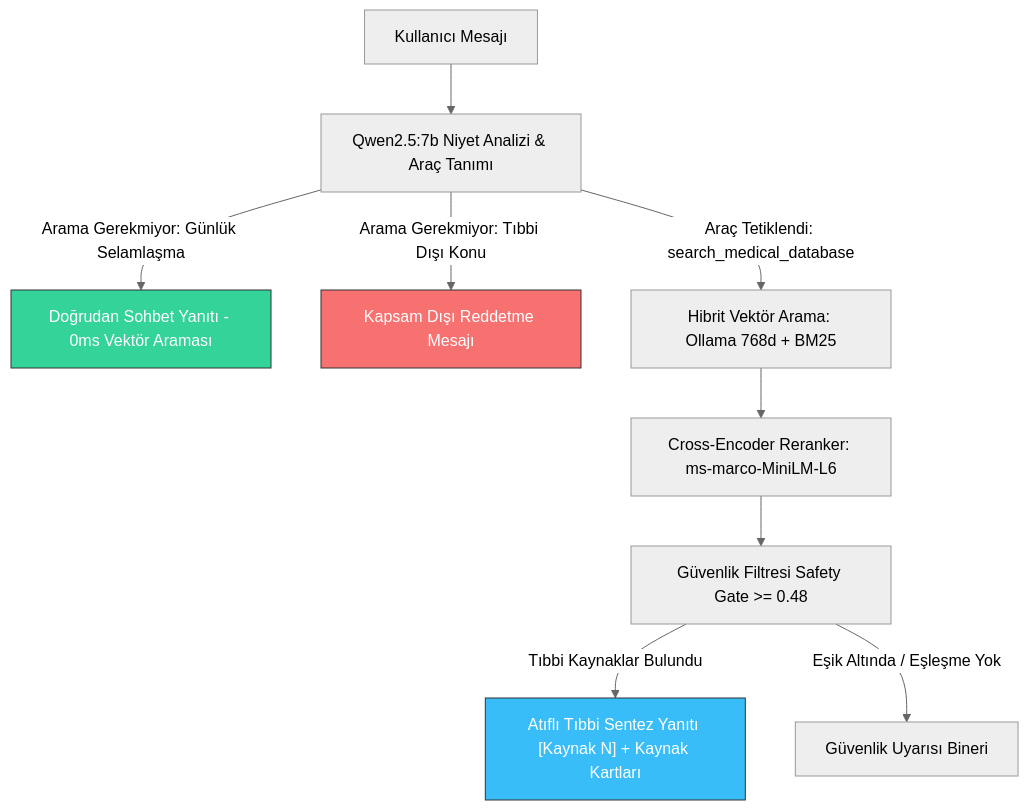
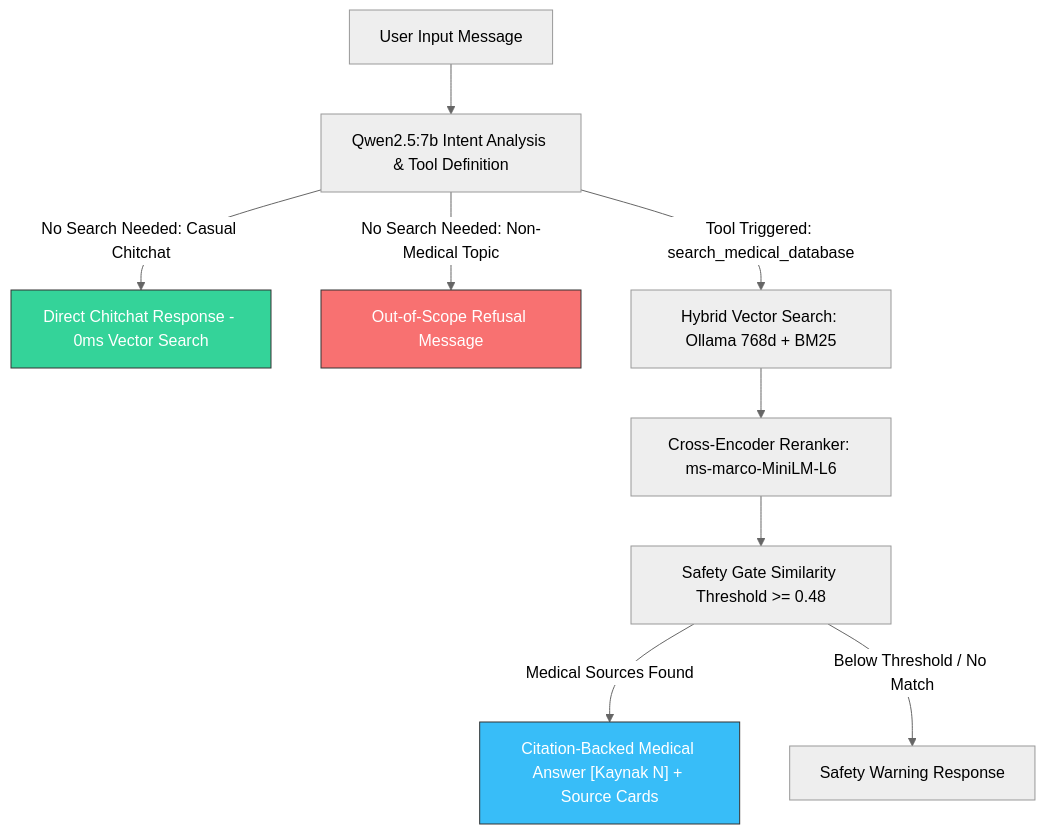
One commit to alifrknak/MedRAG changed the diagram in README.md. Above: the diagram before and after it, drawn with Mermaid (neutral theme). The commit also changed other lines of this file, not shown here.

Commit message:
edit: readme file

````diff
--- a/README.md
+++ b/README.md
@@ -51,14 +51,14 @@
 ```mermaid
 graph TD
-    A["Kullanıcı Mesajı"] --> B["Qwen2.5:7b Niyet Analizi & Araç Tanımı"]
-    B -->|Arama Gerekmiyor: Günlük Selamlaşma| C["Doğrudan Sohbet Yanıtı - 0ms Vektör Araması"]
-    B -->|Arama Gerekmiyor: Tıbbi Dışı Konu| D["Kapsam Dışı Reddetme Mesajı"]
-    B -->|Araç Tetiklendi: search_medical_database| E["Hibrit Vektör Arama: Ollama 768d + BM25"]
+    A["User Input Message"] --> B["Qwen2.5:7b Intent Analysis & Tool Definition"]
+    B -->|No Search Needed: Casual Chitchat| C["Direct Chitchat Response - 0ms Vector Search"]
+    B -->|No Search Needed: Non-Medical Topic| D["Out-of-Scope Refusal Message"]
+    B -->|Tool Triggered: search_medical_database| E["Hybrid Vector Search: Ollama 768d + BM25"]
     E --> F["Cross-Encoder Reranker: ms-marco-MiniLM-L6"]
-    F --> G["Güvenlik Filtresi Safety Gate >= 0.48"]
-    G -->|Tıbbi Kaynaklar Bulundu| H["Atıflı Tıbbi Sentez Yanıtı [Kaynak N] + Kaynak Kartları"]
-    G -->|Eşik Altında / Eşleşme Yok| I["Güvenlik Uyarısı Bineri"]
+    F --> G["Safety Gate Similarity Threshold >= 0.48"]
+    G -->|Medical Sources Found| H["Citation-Backed Medical Answer [Kaynak N] + Source Cards"]
+    G -->|Below Threshold / No Match| I["Safety Warning Response"]
     style C fill:#34d399,stroke:#333,color:#fff
     style D fill:#f87171,stroke:#333,color:#fff
     style H fill:#38bdf8,stroke:#333,color:#fff
 ```
````
